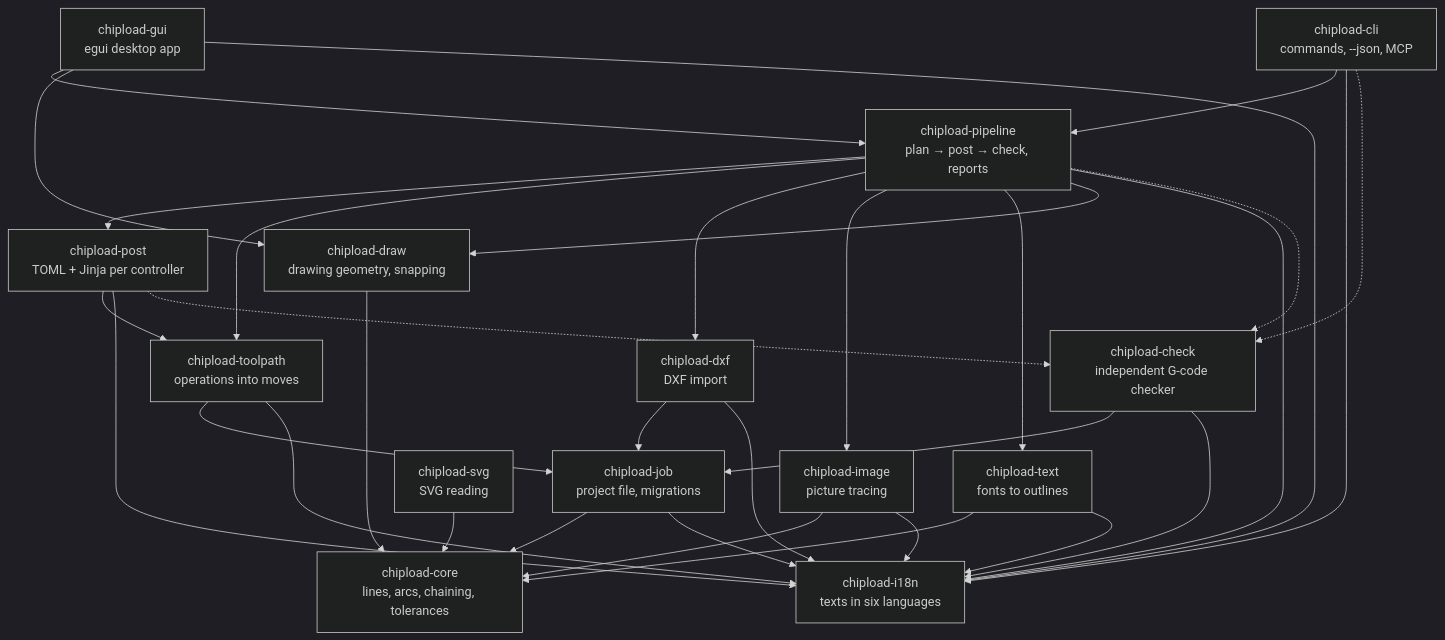
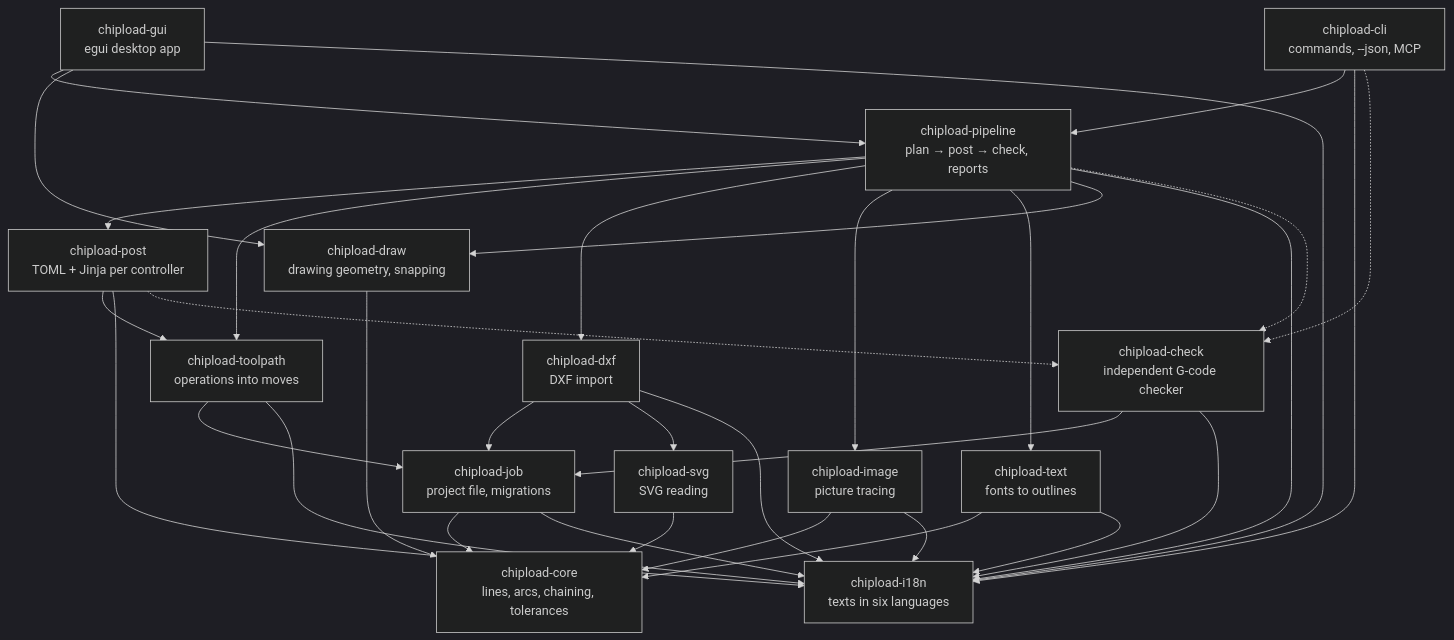
The diagram in docs/architecture.md (chipload/chipload), drawn with Mermaid (dark theme) before and after one commit. The commit also changed other lines of this file and 43 other files, not shown here.

````diff
--- a/docs/architecture.md
+++ b/docs/architecture.md
@@ -15,34 +15,35 @@
 ```mermaid
 flowchart TB
     gui["chipload-gui<br/>egui desktop app"] --> pipeline
     cli["chipload-cli<br/>commands, --json, MCP"] --> pipeline
     pipeline["chipload-pipeline<br/>plan → post → check, reports"] --> post
     pipeline --> toolpath & dxf & image & text
     post["chipload-post<br/>TOML + Jinja per controller"] --> toolpath
     toolpath["chipload-toolpath<br/>operations into moves"] --> job
     dxf["chipload-dxf<br/>DXF import"] --> job
     image["chipload-image<br/>picture tracing"] --> core
+    dxf --> svg
     svg["chipload-svg<br/>SVG reading"] --> core
     text["chipload-text<br/>fonts to outlines"] --> core
     draw["chipload-draw<br/>drawing geometry, snapping"] --> core
     gui --> draw
     pipeline --> draw
     job["chipload-job<br/>project file, migrations"] --> core
     core["chipload-core<br/>lines, arcs, chaining, tolerances"]
     i18n["chipload-i18n<br/>texts in six languages"]
     gui --> i18n
     cli --> i18n
     job --> i18n
     toolpath --> i18n
     dxf --> i18n
     image --> i18n
     text --> i18n
     post --> i18n
     pipeline --> i18n
 
     check["chipload-check<br/>independent G-code checker"] --> job
     check --> i18n
     pipeline -.-> check
     post -.-> check
     cli -.-> check
 ```
````
